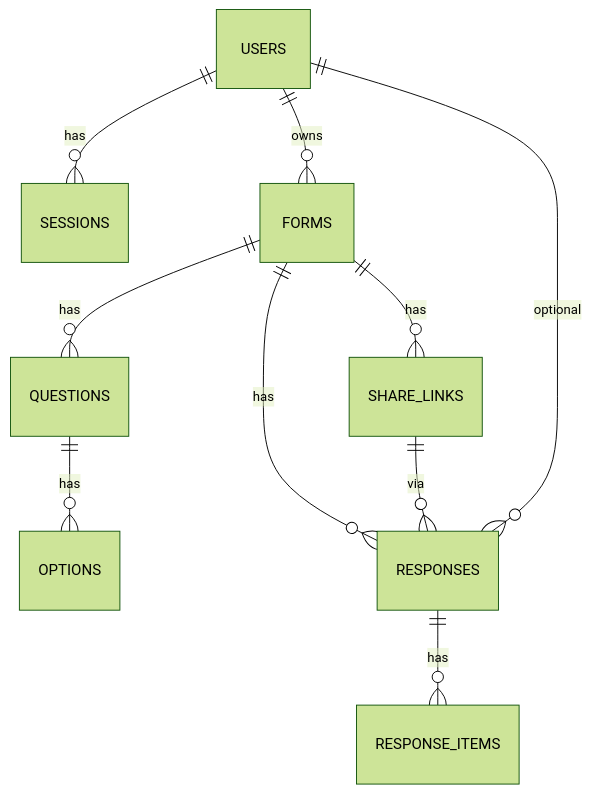
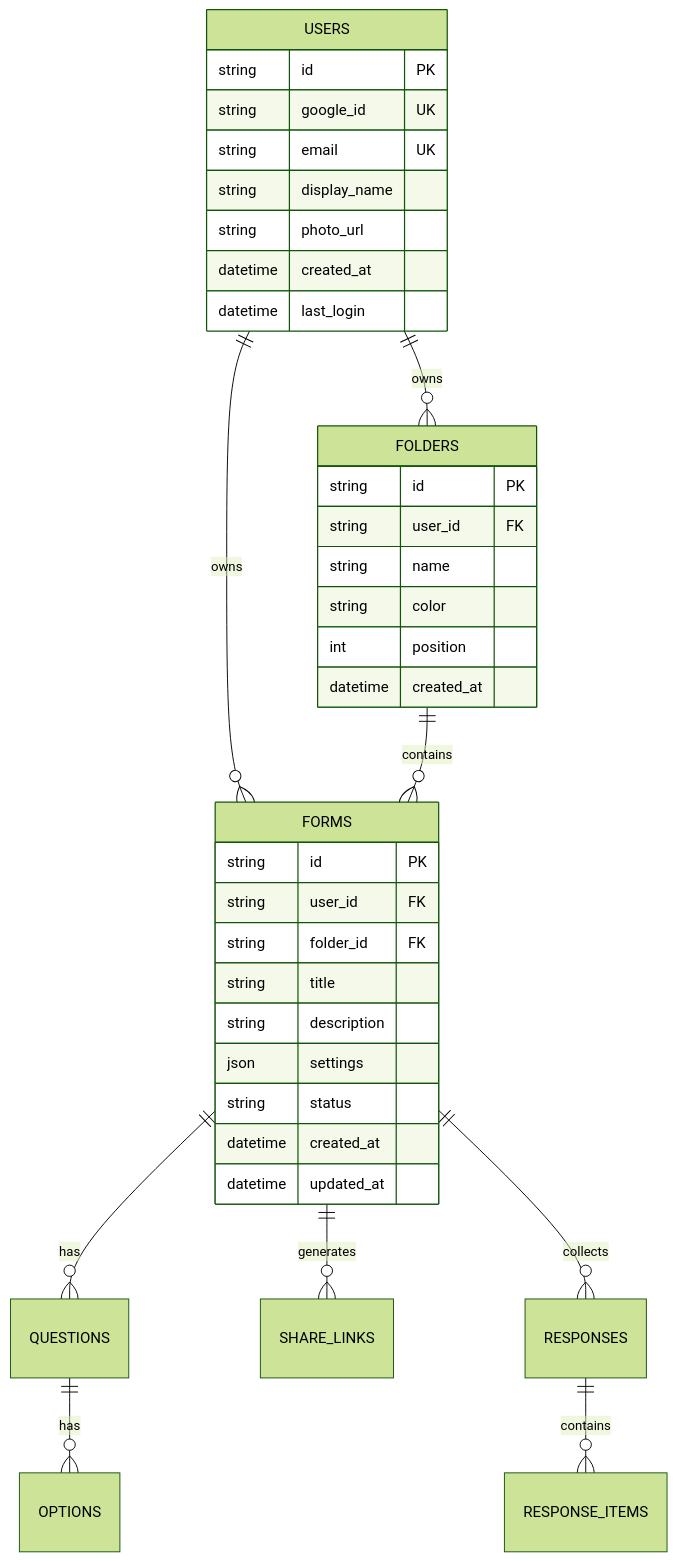
Before and after one commit to Jeffrey0117/Qter: the second of 2 diagrams in roo/prd.md, drawn with Mermaid (forest theme). The commit also changed other lines of this file and 1 other file, not shown here.

Commit message:
feat: 更新 PRD - 新增 Google OAuth 登入與個人問卷庫系統規劃

````diff
--- a/roo/prd.md
+++ b/roo/prd.md
@@ -345,12 +58,42 @@
 ```mermaid
 erDiagram
-  USERS ||--o{ SESSIONS : has
-  USERS ||--o{ FORMS : owns
-  FORMS ||--o{ QUESTIONS : has
-  QUESTIONS ||--o{ OPTIONS : has
-  FORMS ||--o{ SHARE_LINKS : has
-  FORMS ||--o{ RESPONSES : has
-  SHARE_LINKS ||--o{ RESPONSES : via
-  RESPONSES ||--o{ RESPONSE_ITEMS : has
-  USERS ||--o{ RESPONSES : optional
+    USERS ||--o{ FORMS : owns
+    USERS ||--o{ FOLDERS : owns
+    FOLDERS ||--o{ FORMS : contains
+    FORMS ||--o{ QUESTIONS : has
+    FORMS ||--o{ SHARE_LINKS : generates
+    FORMS ||--o{ RESPONSES : collects
+    QUESTIONS ||--o{ OPTIONS : has
+    RESPONSES ||--o{ RESPONSE_ITEMS : contains
+    
+    USERS {
+        string id PK
+        string google_id UK
+        string email UK
+        string display_name
+        string photo_url
+        datetime created_at
+        datetime last_login
+    }
+    
+    FOLDERS {
+        string id PK
+        string user_id FK
+        string name
+        string color
+        int position
+        datetime created_at
+    }
+    
+    FORMS {
+        string id PK
+        string user_id FK
+        string folder_id FK
+        string title
+        string description
+        json settings
+        string status
+        datetime created_at
+        datetime updated_at
+    }
 ```
````
